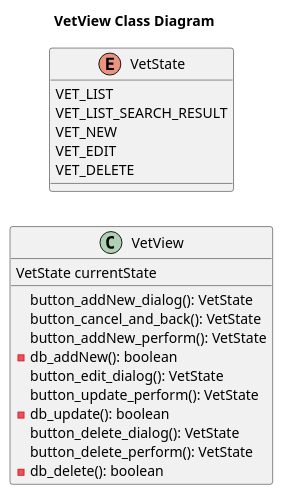
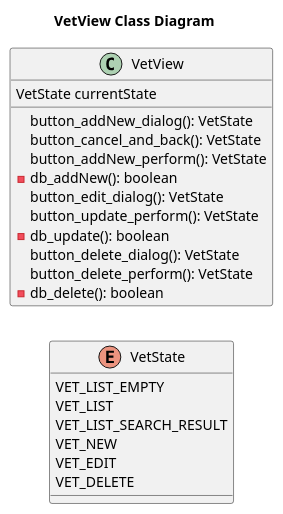
One commit to Jakarta-EE-Petclinic/petclinic-uml changed the diagram in puml/vet/VetView__Class.puml. Above: the diagram before and after it, drawn with PlantUML. The commit also changed 3 other files, not shown here.

```diff
--- a/puml/vet/VetView__Class.puml
+++ b/puml/vet/VetView__Class.puml
@@ -1,31 +1,32 @@
 @startuml
 'https://plantuml.com/class-diagram
 
 title VetView Class Diagram
 
 left to right direction
 'top to bottom direction
+
+enum VetState {
+    VET_LIST_EMPTY
+    VET_LIST
+    VET_LIST_SEARCH_RESULT
+    VET_NEW
+    VET_EDIT
+    VET_DELETE
+}
 
 class VetView {
     VetState currentState
     button_addNew_dialog(): VetState
     button_cancel_and_back(): VetState
     button_addNew_perform(): VetState
     - db_addNew(): boolean
     button_edit_dialog(): VetState
     button_update_perform(): VetState
     - db_update(): boolean
     button_delete_dialog(): VetState
     button_delete_perform(): VetState
     - db_delete(): boolean
 }
 
-enum VetState {
-    VET_LIST
-    VET_LIST_SEARCH_RESULT
-    VET_NEW
-    VET_EDIT
-    VET_DELETE
-}
-
 @enduml
```
